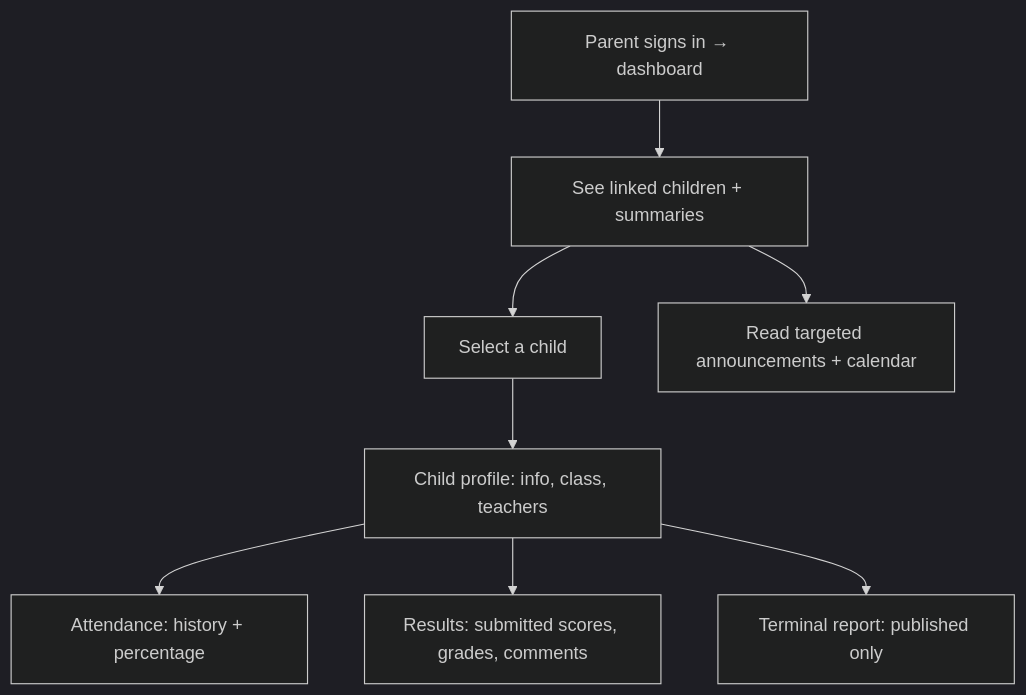
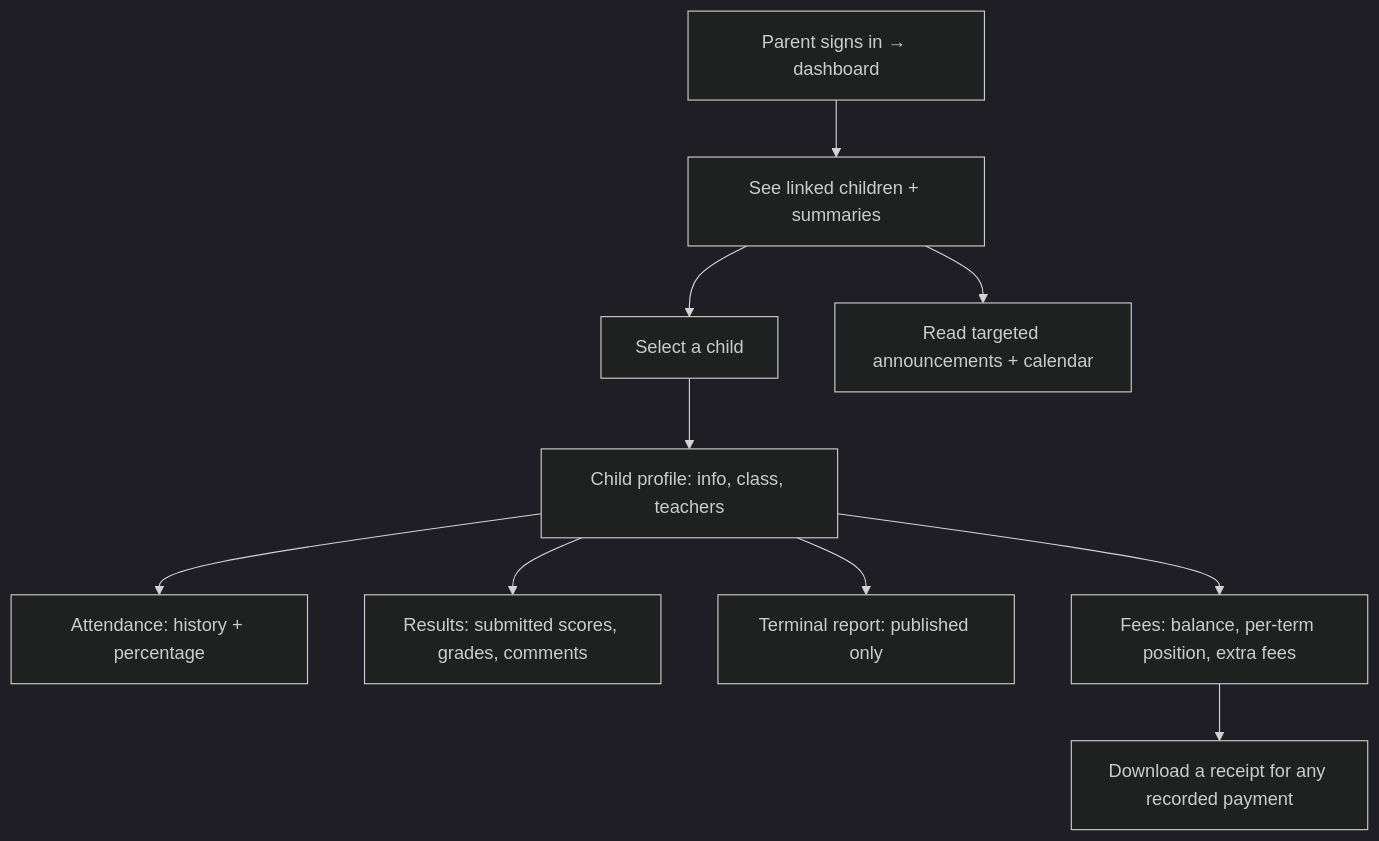
The eighth of 10 diagrams in docs/05-USER-FLOWS.md (kwablah8/kiddiewise), drawn with Mermaid (dark theme) before and after one commit. The commit also changed other lines of this file and 283 other files, not shown here.

````diff
--- a/docs/05-USER-FLOWS.md
+++ b/docs/05-USER-FLOWS.md
@@ -159,10 +159,12 @@
 ```mermaid
 flowchart TD
     A[Parent signs in → dashboard] --> B[See linked children + summaries]
     B --> C[Select a child]
     C --> D[Child profile: info, class, teachers]
     D --> E[Attendance: history + percentage]
     D --> F[Results: submitted scores, grades, comments]
     D --> G[Terminal report: published only]
+    D --> I[Fees: balance, per-term position, extra fees]
+    I --> J[Download a receipt for any recorded payment]
     B --> H[Read targeted announcements + calendar]
 ```
````
